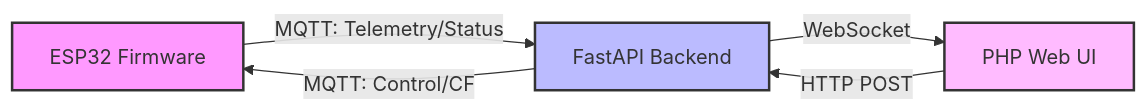
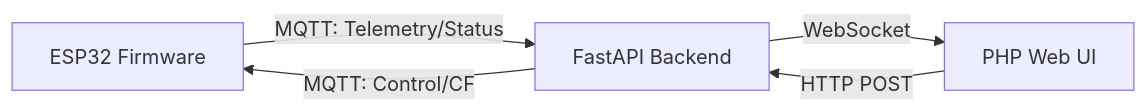
The first of 2 diagrams in README.md (averyandra/esp32_mqtt_realtime_control), drawn with Mermaid before and after one commit.

Commit message:
change systemarch flowchart to no style (mermaid format)

````diff
--- a/README.md
+++ b/README.md
@@ -11,19 +11,14 @@
 ```mermaid
 graph LR
     ESP32[ESP32 Firmware]
     FastAPI[FastAPI Backend]
     PHP[PHP Web UI]
 
-    %% Jalur Telemetry / Status
+    %% Telemetry Flow / Status
     ESP32 -- "MQTT: Telemetry/Status" --> FastAPI
     FastAPI -- "WebSocket" --> PHP
 
-    %% Jalur Control / Configuration
+    %% Control Flow / Configuration
     PHP -- "HTTP POST" --> FastAPI
     FastAPI -- "MQTT: Control/CF" --> ESP32
-
-    %% Styling (Opsional, agar visualisasi lebih menarik)
-    style ESP32 fill:#f9f,stroke:#333,stroke-width:2px
-    style FastAPI fill:#bbf,stroke:#333,stroke-width:2px
-    style PHP fill:#fbf,stroke:#333,stroke-width:2px
 ```
````
